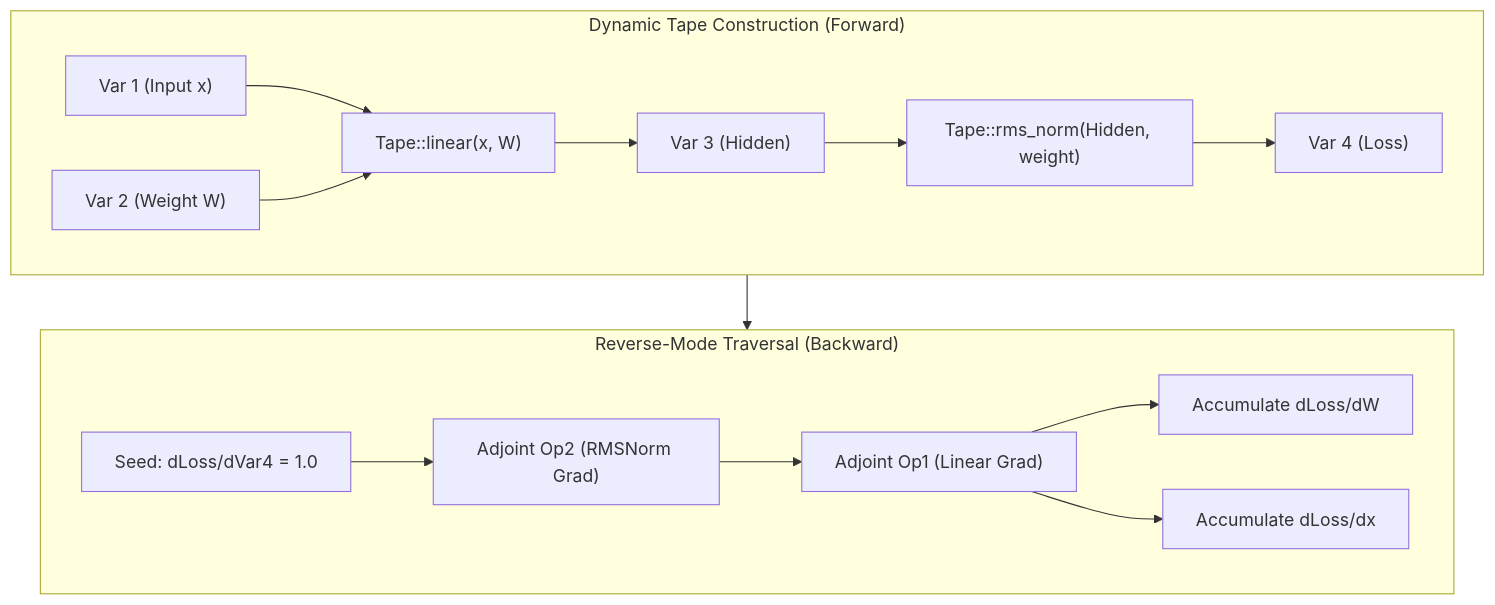
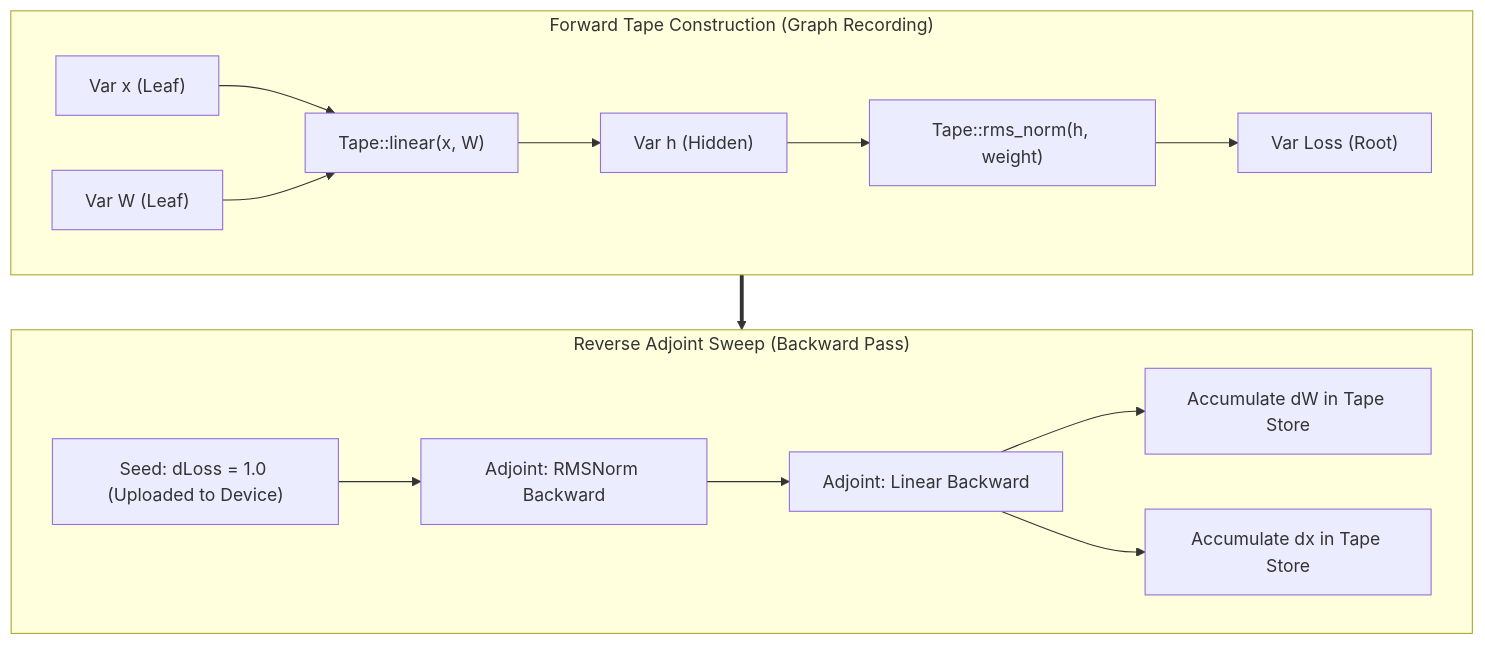
The first of 3 diagrams in ojas-autograd/README.md (bharathvbcr/ojas), drawn with Mermaid before and after one commit. The commit also changed other lines of this file and 341 other files, not shown here.

````diff
--- a/ojas-autograd/README.md
+++ b/ojas-autograd/README.md
@@ -9,19 +11,19 @@
 ```mermaid
 flowchart TD
-    subgraph TapeForward["Dynamic Tape Construction (Forward)"]
-        V1["Var 1 (Input x)"] --> Op1["Tape::linear(x, W)"]
-        V2["Var 2 (Weight W)"] --> Op1
-        Op1 --> V3["Var 3 (Hidden)"]
-        V3 --> Op2["Tape::rms_norm(Hidden, weight)"]
-        Op2 --> V4["Var 4 (Loss)"]
+    subgraph TapeForward["Forward Tape Construction (Graph Recording)"]
+        X["Var x (Leaf)"] --> Op1["Tape::linear(x, W)"]
+        W["Var W (Leaf)"] --> Op1
+        Op1 --> H["Var h (Hidden)"]
+        H --> Op2["Tape::rms_norm(h, weight)"]
+        Op2 --> Loss["Var Loss (Root)"]
     end
 
-    subgraph TapeBackward["Reverse-Mode Traversal (Backward)"]
-        Seed["Seed: dLoss/dVar4 = 1.0"] --> AdjOp2["Adjoint Op2 (RMSNorm Grad)"]
-        AdjOp2 --> AdjOp1["Adjoint Op1 (Linear Grad)"]
-        AdjOp1 --> GradW["Accumulate dLoss/dW"]
-        AdjOp1 --> GradX["Accumulate dLoss/dx"]
+    subgraph TapeBackward["Reverse Adjoint Sweep (Backward Pass)"]
+        Seed["Seed: dLoss = 1.0 (Uploaded to Device)"] --> AdjNorm["Adjoint: RMSNorm Backward"]
+        AdjNorm --> AdjLin["Adjoint: Linear Backward"]
+        AdjLin --> GradW["Accumulate dW in Tape Store"]
+        AdjLin --> GradX["Accumulate dx in Tape Store"]
     end
 
-    TapeForward --> TapeBackward
+    TapeForward ==> TapeBackward
 ```
````
